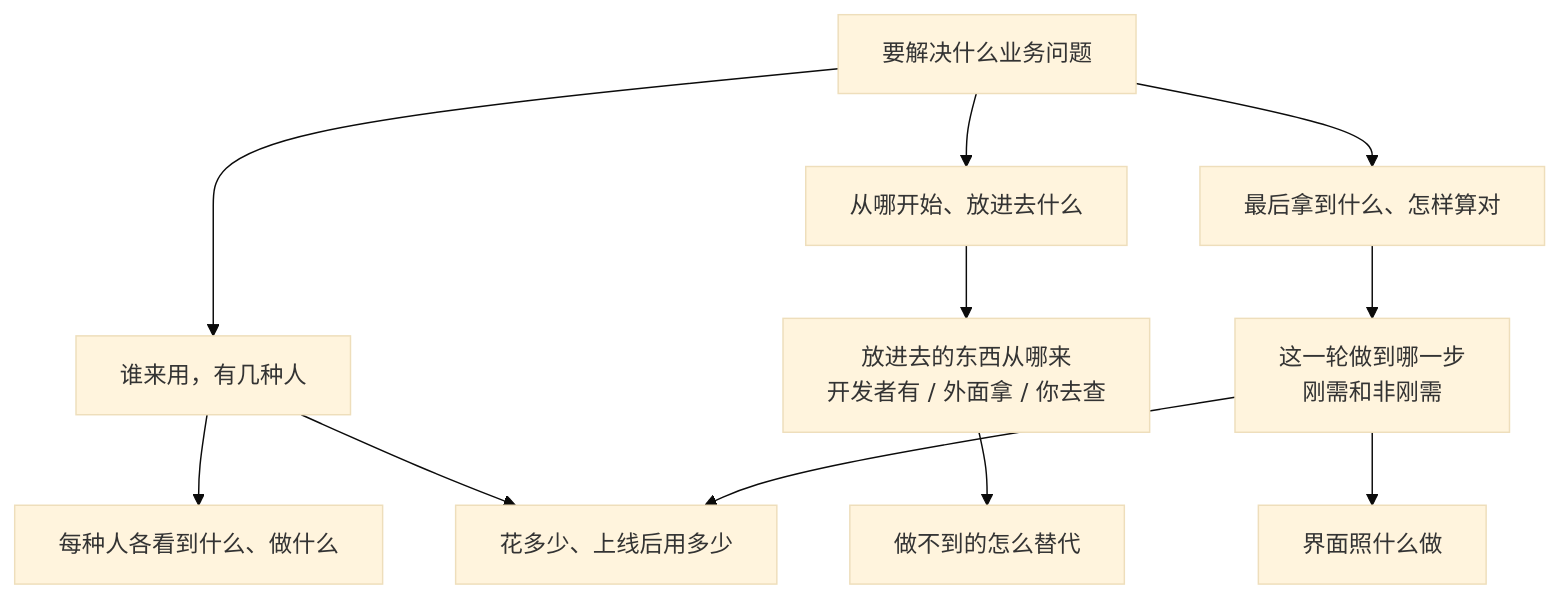
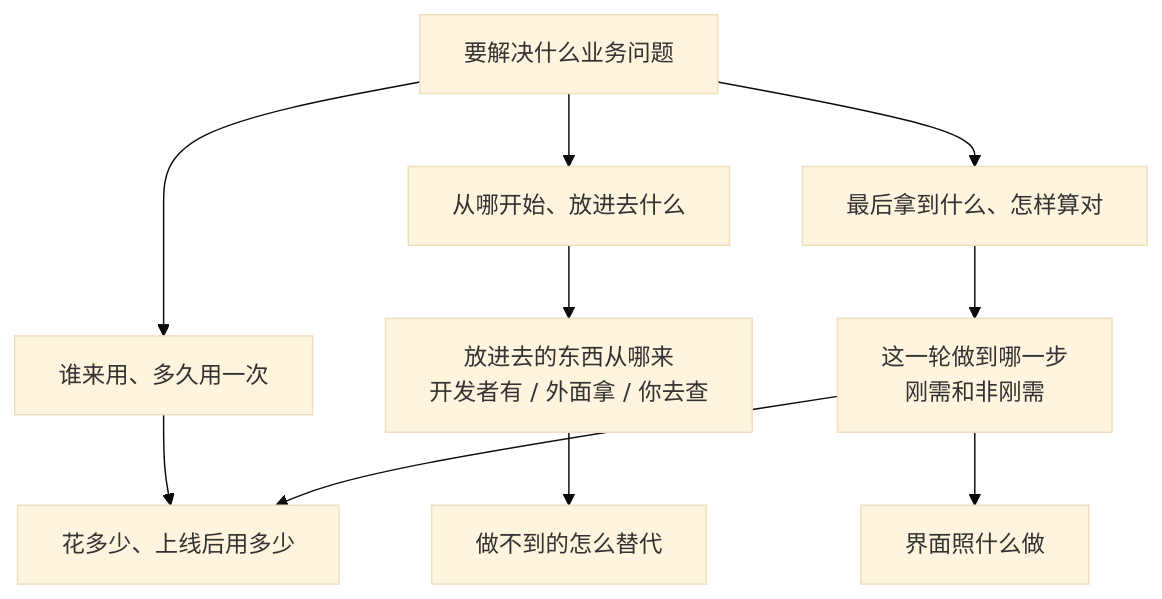
Before and after one commit to GoalfyAI/business-app-creator-skills: the first of 2 diagrams in manus/skill/design/按轮问.md, drawn with Mermaid (base theme). The commit also changed other lines of this file and 67 other files, not shown here.

````diff
--- a/manus/skill/design/按轮问.md
+++ b/manus/skill/design/按轮问.md
@@ -33,13 +33,12 @@
 ```mermaid
 flowchart TD
-  A["要解决什么业务问题"] --> B["谁来用，有几种人"]
+  A["要解决什么业务问题"] --> B["谁来用、多久用一次"]
   A --> C["从哪开始、放进去什么"]
   A --> D["最后拿到什么、怎样算对"]
-  B --> B2["每种人各看到什么、做什么"]
   B --> G["花多少、上线后用多少"]
   C --> E["放进去的东西从哪来<br/>开发者有 / 外面拿 / 你去查"]
   D --> F["这一轮做到哪一步<br/>刚需和非刚需"]
   F --> G
   F --> H["界面照什么做"]
   E --> I["做不到的怎么替代"]
 ```
````
